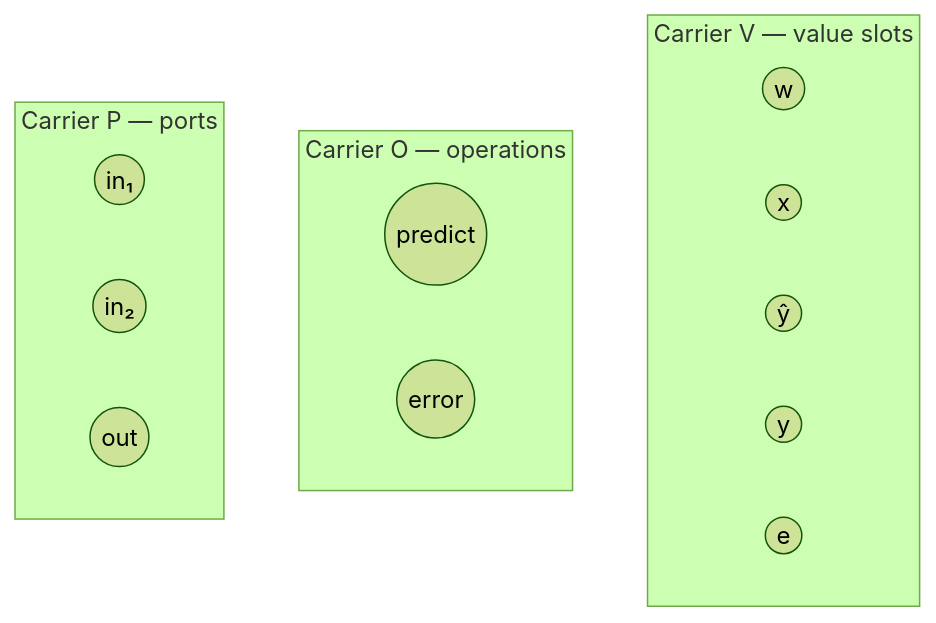
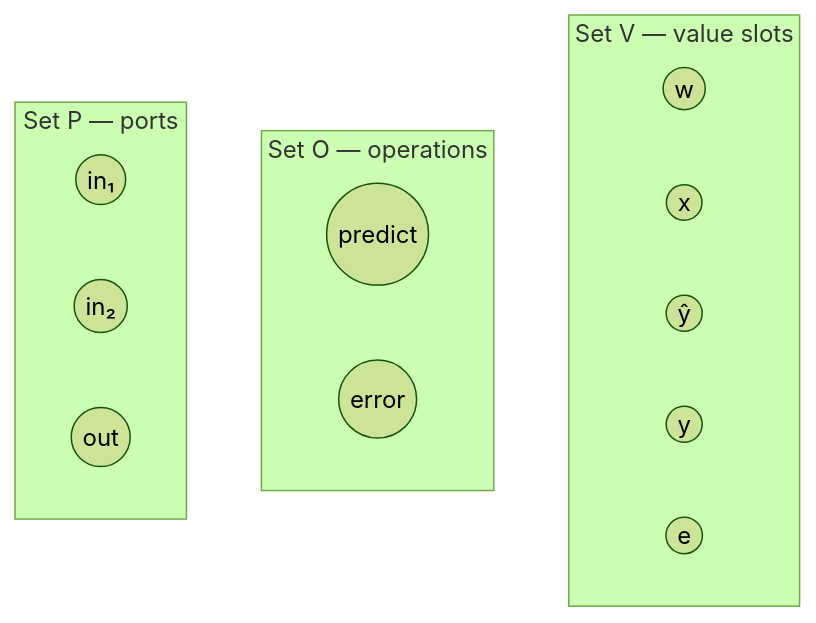
The second of 12 diagrams in test/learning-tower/README.md (komahanb/unstructured-finite-volume), drawn with Mermaid (forest theme) before and after one commit. The commit also changed other lines of this file and 268 other files, not shown here.

````diff
--- a/test/learning-tower/README.md
+++ b/test/learning-tower/README.md
@@ -248,21 +248,21 @@
 ```mermaid
 flowchart TB
-    subgraph V["Carrier V — value slots"]
+    subgraph V["Set V — value slots"]
         w((w))
         x((x))
         yh((ŷ))
         y((y))
         e((e))
     end
 
-    subgraph O["Carrier O — operations"]
+    subgraph O["Set O — operations"]
         p((predict))
         er((error))
     end
 
-    subgraph P["Carrier P — ports"]
+    subgraph P["Set P — ports"]
         i1((in₁))
         i2((in₂))
         ou((out))
     end
 ```
````
